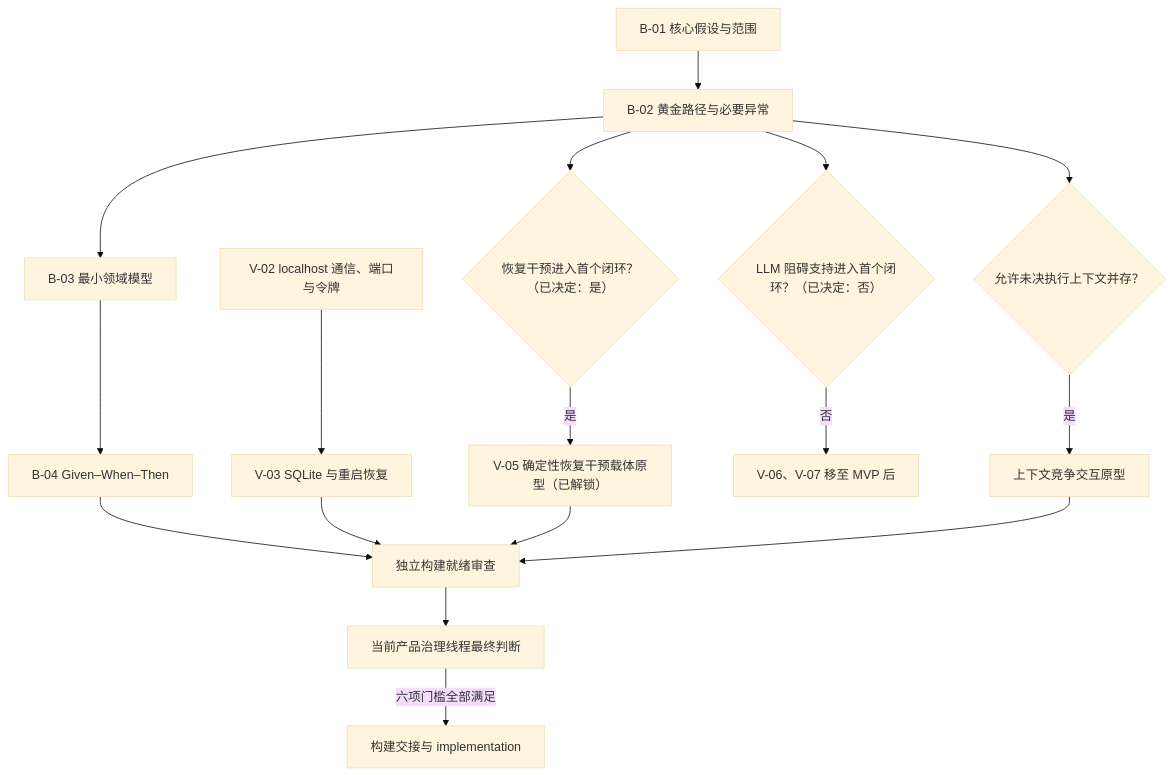
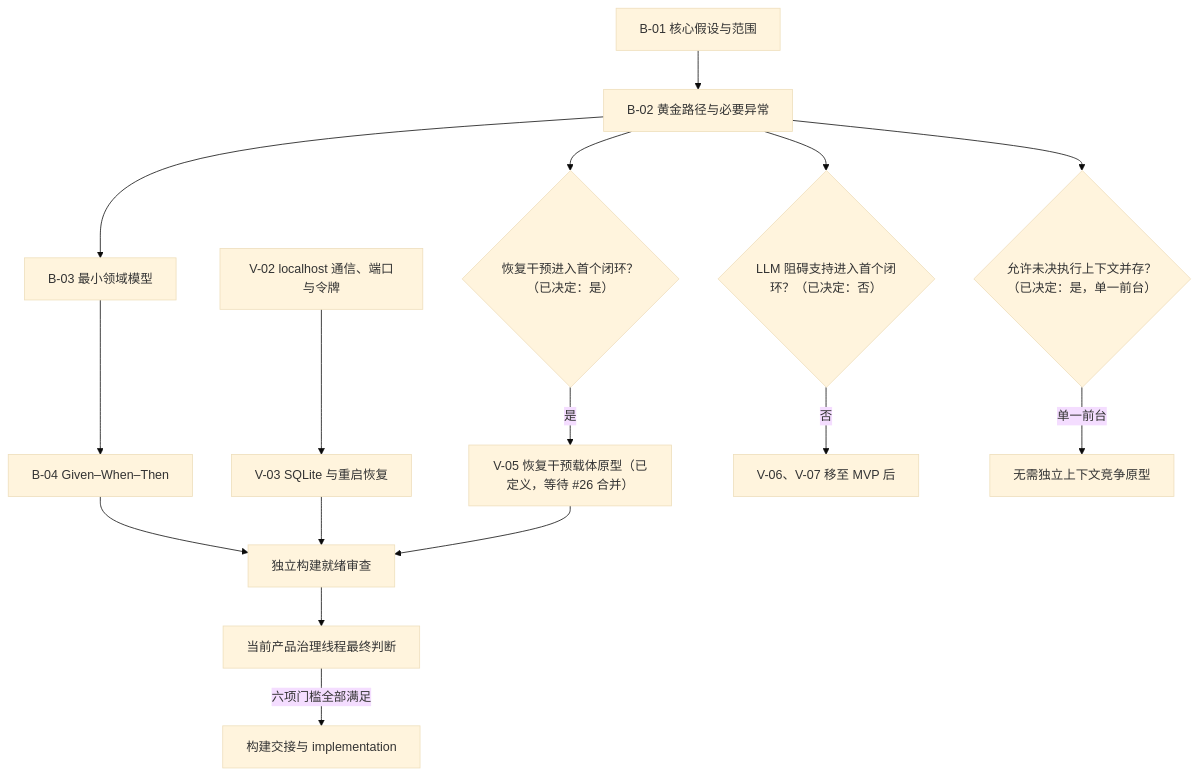
Before and after one commit to Annzival/ADHD-Support-System: the diagram in docs/product/mvp-session-orchestration.md, drawn with Mermaid (base theme). The commit also changed other lines of this file and 2 other files, not shown here.

Commit message:
docs: 完成 MVP 上下文竞争裁剪

````diff
--- a/docs/product/mvp-session-orchestration.md
+++ b/docs/product/mvp-session-orchestration.md
@@ -33,21 +33,20 @@
 ```mermaid
 flowchart TD
     B01["B-01 核心假设与范围"] --> B02["B-02 黄金路径与必要异常"]
     B02 --> B03["B-03 最小领域模型"]
     B03 --> B04["B-04 Given–When–Then"]
 
     V02["V-02 localhost 通信、端口与令牌"] --> V03["V-03 SQLite 与重启恢复"]
     B02 --> C1{"恢复干预进入首个闭环？（已决定：是）"}
     B02 --> C2{"LLM 阻碍支持进入首个闭环？（已决定：否）"}
-    B02 --> C3{"允许未决执行上下文并存？"}
-    C1 -->|是| V05["V-05 确定性恢复干预载体原型（已解锁）"]
+    B02 --> C3{"允许未决执行上下文并存？（已决定：是，单一前台）"}
+    C1 -->|是| V05["V-05 恢复干预载体原型（已定义，等待 #26 合并）"]
     C2 -->|否| P2["V-06、V-07 移至 MVP 后"]
-    C3 -->|是| VX["上下文竞争交互原型"]
+    C3 -->|单一前台| P3["无需独立上下文竞争原型"]
 
     B04 --> A["独立构建就绪审查"]
     V03 --> A
     V05 --> A
-    VX --> A
     A --> G["当前产品治理线程最终判断"]
     G -->|六项门槛全部满足| I["构建交接与 implementation"]
 ```
````
